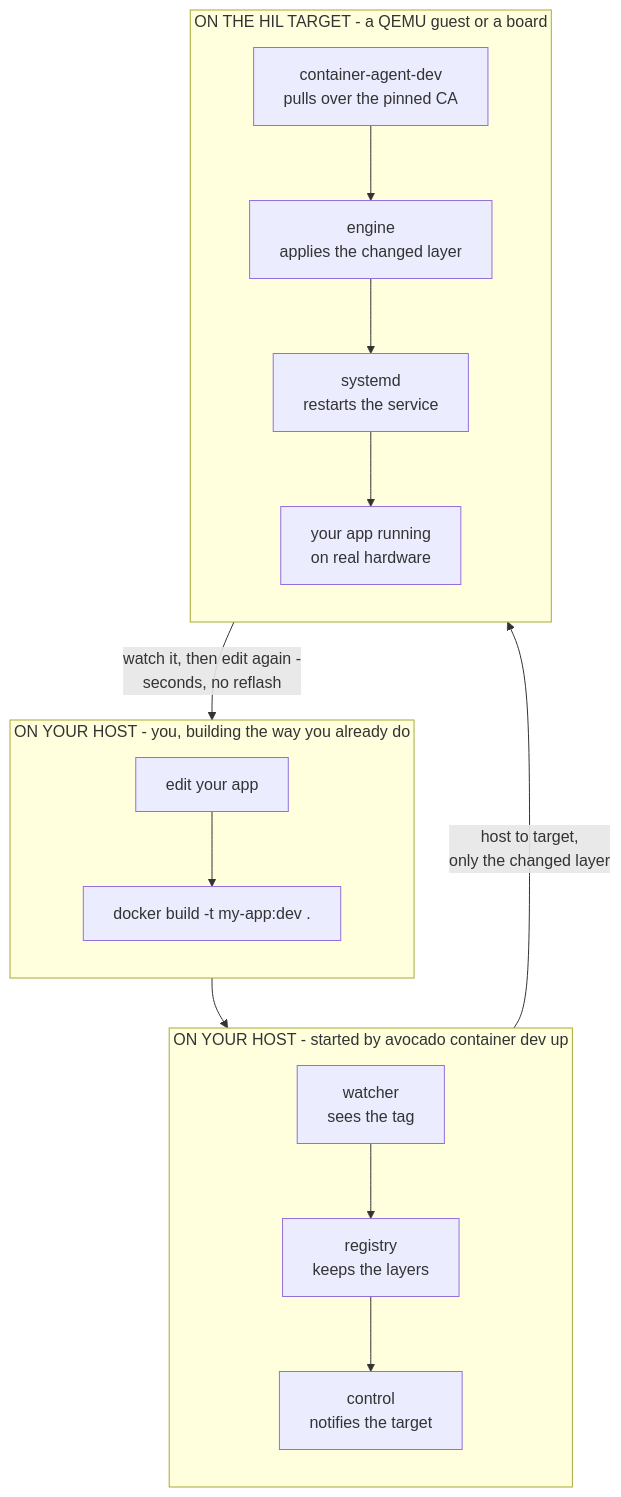
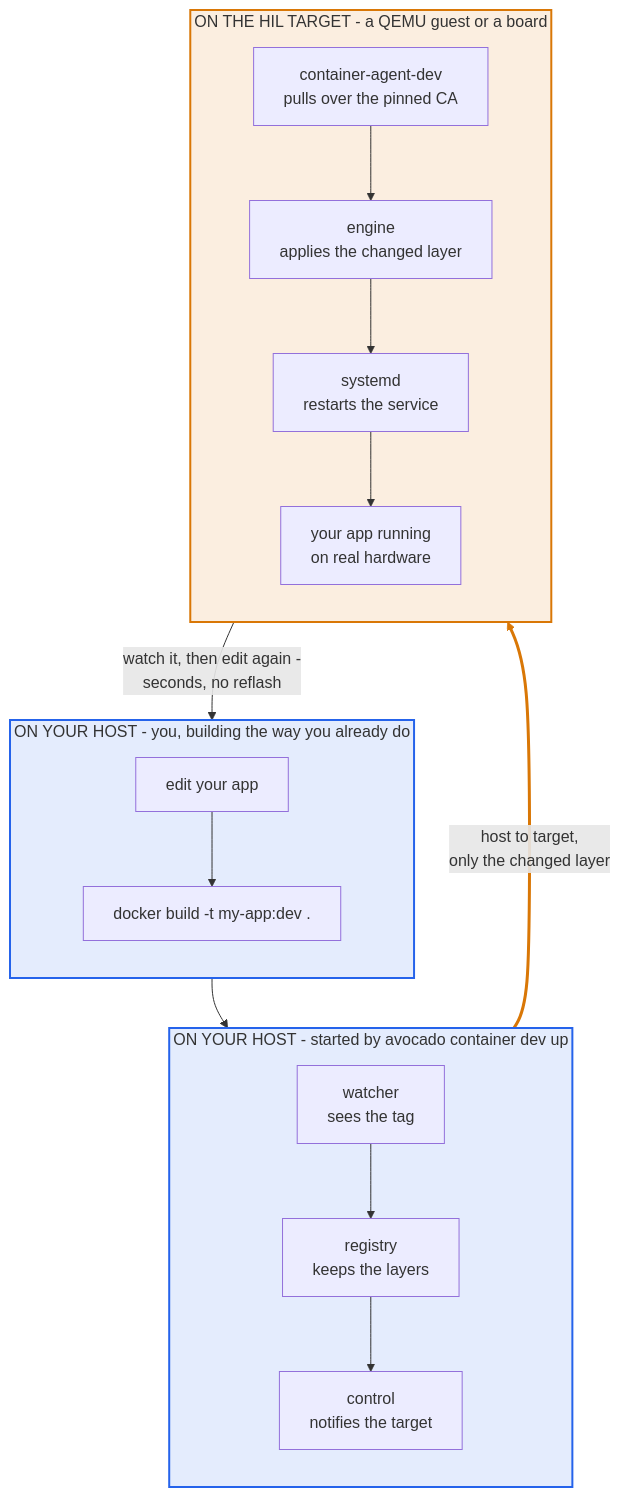
Before and after one commit to peridio/docs: the first of 5 diagrams in src/docs-guides/container-dev-mode.md, drawn with Mermaid. The commit also changed other lines of this file and 1 other file, not shown here.

````diff
--- a/src/docs-guides/container-dev-mode.md
+++ b/src/docs-guides/container-dev-mode.md
@@ -26,30 +38,45 @@
 ```mermaid
 flowchart TD
     subgraph you["ON YOUR HOST - you, building the way you already do"]
         direction TB
         edit["edit your app"]
         build["docker build -t my-app:dev ."]
         edit --> build
     end
 
     subgraph host["ON YOUR HOST - started by avocado container dev up"]
         direction TB
         watcher["watcher<br/>sees the tag"]
         registry["registry<br/>keeps the layers"]
         control["control<br/>notifies the target"]
         watcher --> registry --> control
     end
 
     subgraph target["ON THE HIL TARGET - a QEMU guest or a board"]
         direction TB
         agent["container-agent-dev<br/>pulls over the pinned CA"]
         engine["engine<br/>applies the changed layer"]
         unit["systemd<br/>restarts the service"]
         running["your app running<br/>on real hardware"]
         agent --> engine --> unit --> running
     end
 
     build --> watcher
     control -->|"host to target,<br/>only the changed layer"| agent
     running -->|"watch it, then edit again -<br/>seconds, no reflash"| edit
+
+    %% Blue is your host, amber is the target, everywhere on this page. Blue and
+    %% amber rather than the more obvious green and red because that pair stays
+    %% distinguishable with the common forms of colour blindness. The fills carry
+    %% an alpha channel so they TINT the page rather than paint over it, which is
+    %% what keeps the text legible in both light and dark mode - a solid light
+    %% fill turns illegible the moment the reader flips to dark. Colour is never
+    %% the only signal: each group also says which machine it is.
+    style you fill:#2563eb1f,stroke:#2563eb,stroke-width:2px
+    style host fill:#2563eb1f,stroke:#2563eb,stroke-width:2px
+    style target fill:#d977061f,stroke:#d97706,stroke-width:2px
+    %% Link 7 is the one arrow that leaves your host, thickened so the single
+    %% network hop is the most visible edge in the figure. Indices count every
+    %% link in declaration order, and a chain contributes one per arrow.
+    linkStyle 7 stroke:#d97706,stroke-width:3px
 ```
````
